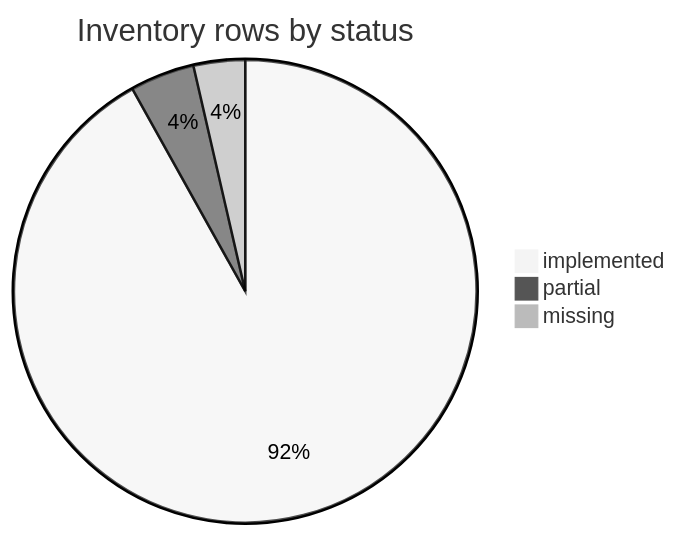
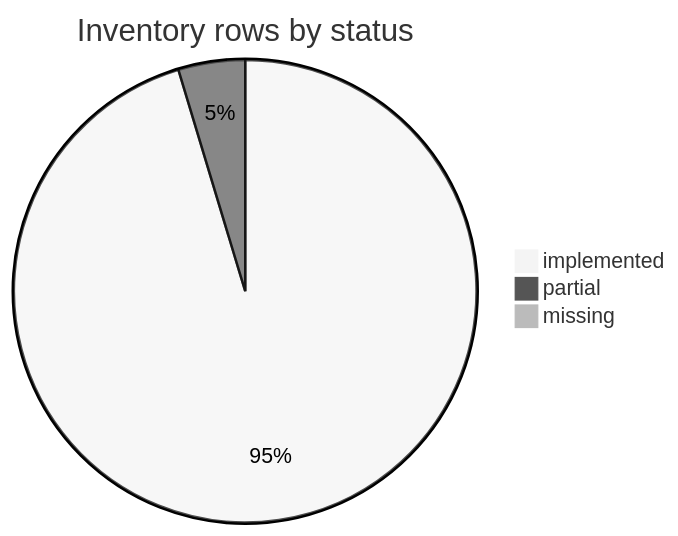
One commit to hoox-sh/pyne changed the second of 3 diagrams in docs/pine_v6_full_surface_inventory.md. Above: the diagram before and after it, drawn with Mermaid (neutral theme). The commit also changed other lines of this file and 11 other files, not shown here.

````diff
--- a/docs/pine_v6_full_surface_inventory.md
+++ b/docs/pine_v6_full_surface_inventory.md
@@ -130,6 +130,6 @@
 ```mermaid
 pie title Inventory rows by status
   "implemented" : 613
   "partial" : 30
-  "missing" : 24
+  "missing" : 0
 ```
````
